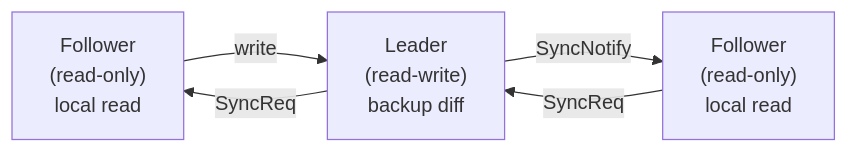
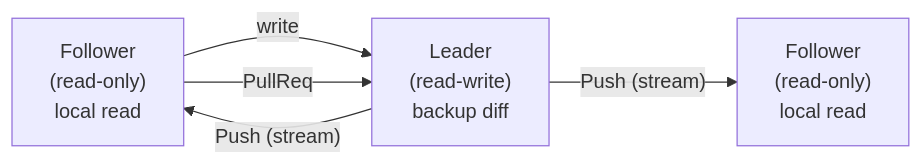
Before and after one commit to rakunlabs/bw: the second of 2 diagrams in README.md, drawn with Mermaid. The commit also changed other lines of this file and 4 other files, not shown here.

````diff
--- a/README.md
+++ b/README.md
@@ -275,7 +275,7 @@
 ```mermaid
 graph LR
     F1["Follower<br/>(read-only)<br/>local read"] -- "write" --> L["Leader<br/>(read-write)<br/>backup diff"]
-    L -- "SyncNotify" --> F2["Follower<br/>(read-only)<br/>local read"]
-    F2 -- "SyncReq" --> L
-    L -- "SyncReq" --> F1
+    L -- "Push (stream)" --> F2["Follower<br/>(read-only)<br/>local read"]
+    L -- "Push (stream)" --> F1
+    F1 -- "PullReq" --> L
 ```
````
